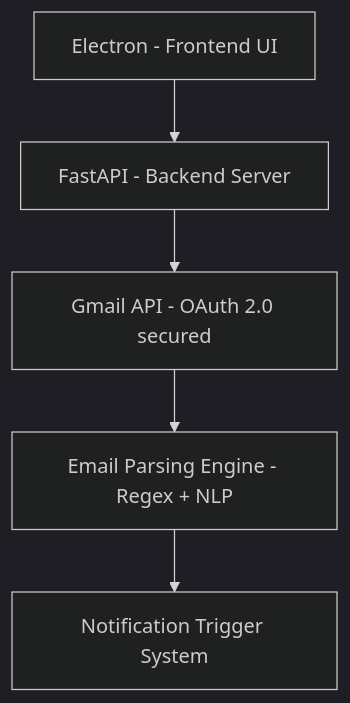
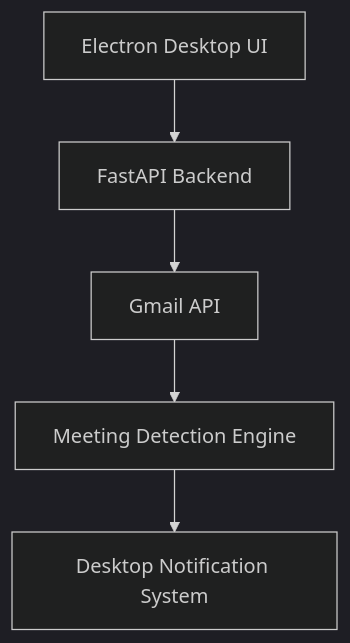
The diagram in README.md (Parvv04/gmail-meeting-alarm), drawn with Mermaid (dark theme) before and after one commit. The commit also changed other lines of this file, not shown here.

````diff
--- a/README.md
+++ b/README.md
@@ -26,7 +48,13 @@
 ```mermaid
 flowchart TD
-        A[Electron - Frontend UI] --> B[FastAPI - Backend Server];
-        B --> C[Gmail API - OAuth 2.0 secured];
-        C --> D[Email Parsing Engine - Regex + NLP];
-        D --> E[Notification Trigger System];
+    A[Electron Desktop UI]
+    B[FastAPI Backend]
+    C[Gmail API]
+    D[Meeting Detection Engine]
+    E[Desktop Notification System]
+
+    A --> B
+    B --> C
+    C --> D
+    D --> E
 ```
````
